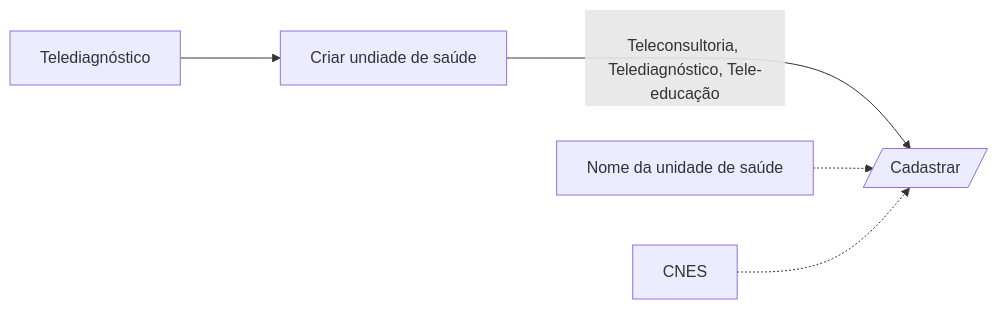
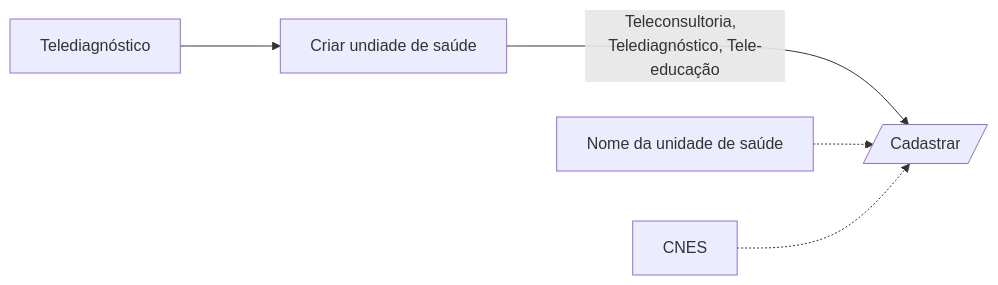
One commit to azevedogustavo/teste_doc changed the sixth of 8 diagrams in README.md. Above: the diagram before and after it, drawn with Mermaid. The commit also changed other lines of this file, not shown here.

````diff
--- a/README.md
+++ b/README.md
@@ -104,9 +104,9 @@
 ```mermaid
   
   graph LR;
 
   UnidadesDeSaúde[Telediagnóstico] ---> CriarUnidadeSaude["Criar undiade de saúde"];
-  CriarUnidadeSaude ---> | \n Teleconsultoria,  Telediagnóstico, Tele-educação | Cadastrar[/"Cadastrar"/];
+  CriarUnidadeSaude ---> |  Teleconsultoria,  Telediagnóstico, Tele-educação | Cadastrar[/"Cadastrar"/];
   NomeUnidadeSaude[Nome da unidade de saúde] -.-> Cadastrar;
   CNES -.-> Cadastrar;
 ```
````
